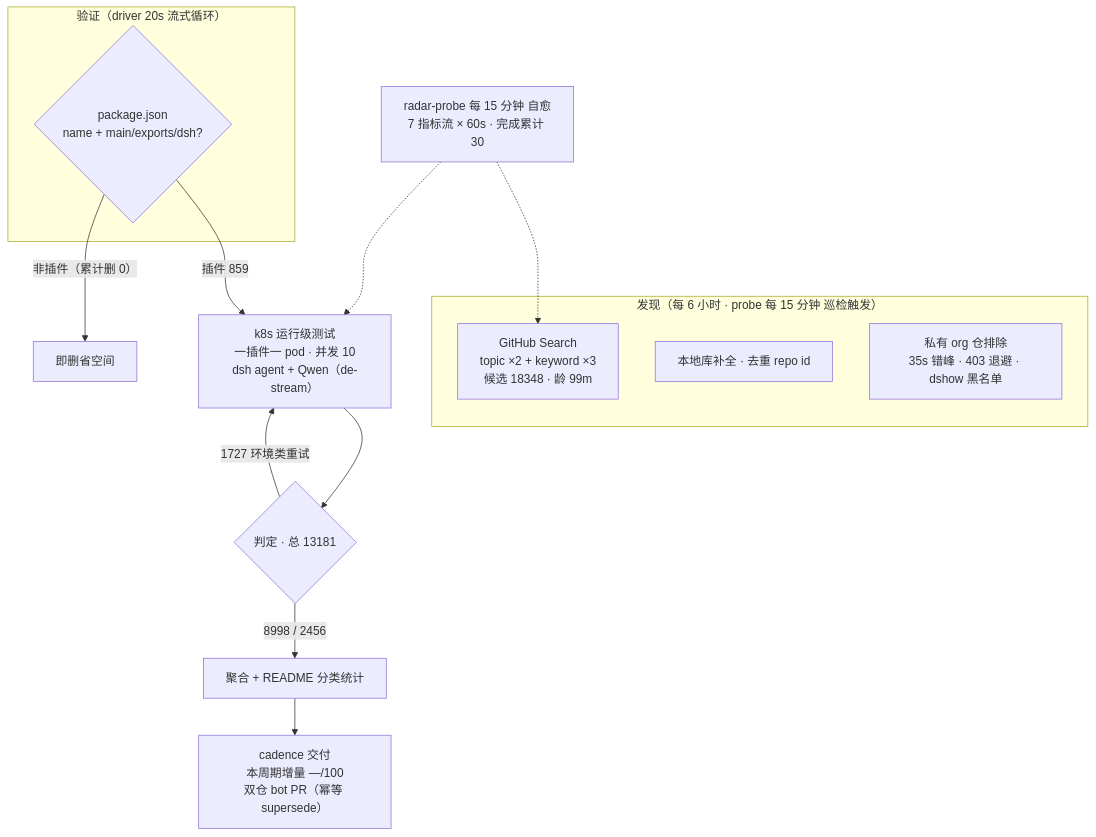
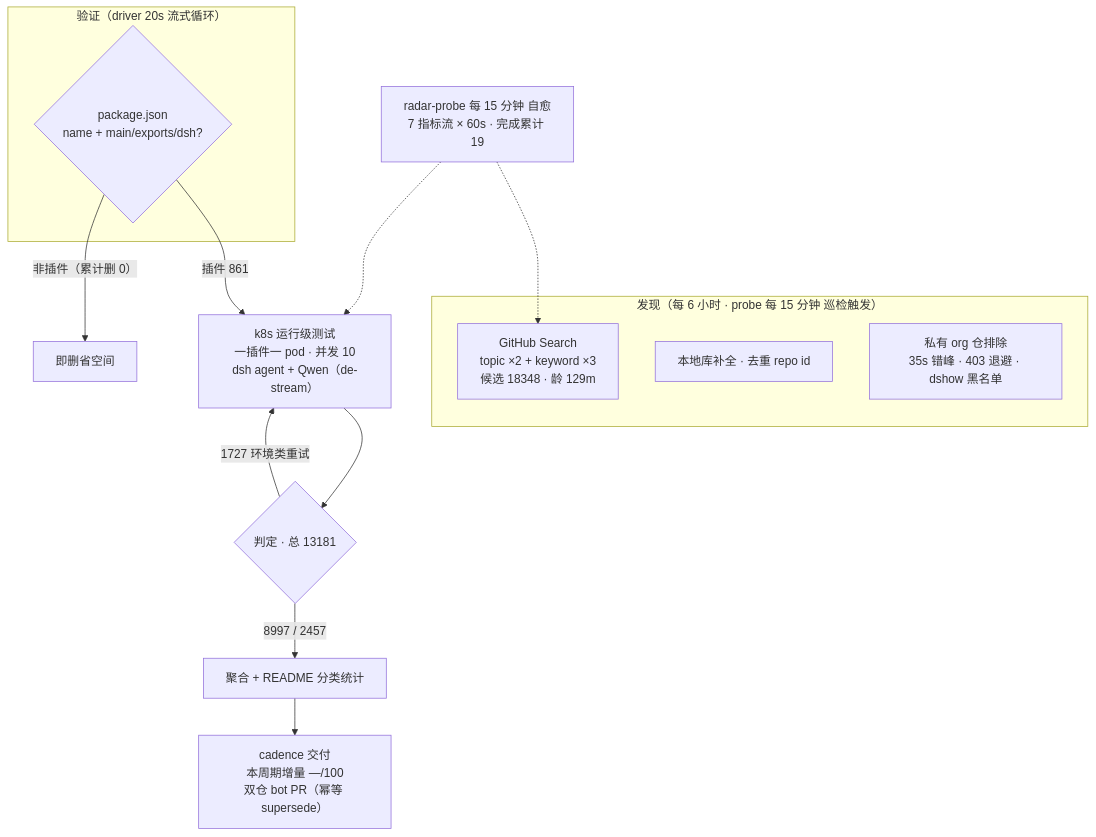
Before and after one commit to AdamPlatin123/awesome-dsh-plugins: the diagram in README.md, drawn with Mermaid. The commit also changed other lines of this file and 6 other files, not shown here.

````diff
--- a/README.md
+++ b/README.md
@@ -52,20 +52,20 @@
 ```mermaid
 flowchart TB
     subgraph Discovery["发现（每 6 小时 · probe 每 15 分钟 巡检触发）"]
-        A1["GitHub Search<br/>topic ×2 + keyword ×3<br/>候选 18348 · 龄 99m"]
+        A1["GitHub Search<br/>topic ×2 + keyword ×3<br/>候选 18348 · 龄 129m"]
         A2["本地库补全 · 去重 repo id"]
         A3["私有 org 仓排除<br/>35s 错峰 · 403 退避 · dshow 黑名单"]
     end
     subgraph Validation["验证（driver 20s 流式循环）"]
         B1{"package.json<br/>name + main/exports/dsh?"}
     end
-    B1 -->|"插件 859"| C1["k8s 运行级测试<br/>一插件一 pod · 并发 10<br/>dsh agent + Qwen（de-stream）"]
+    B1 -->|"插件 861"| C1["k8s 运行级测试<br/>一插件一 pod · 并发 10<br/>dsh agent + Qwen（de-stream）"]
     B1 -->|"非插件（累计删 0）"| B3["即删省空间"]
     C1 --> D1{"判定 · 总 13181"}
-    D1 -->|"8998 / 2456"| E1["聚合 + README 分类统计"]
+    D1 -->|"8997 / 2457"| E1["聚合 + README 分类统计"]
     D1 -->|"1727 环境类重试"| C1
     E1 --> E2["cadence 交付<br/>本周期增量 —/100<br/>双仓 bot PR（幂等 supersede）"]
-    M["radar-probe 每 15 分钟 自愈<br/>7 指标流 × 60s · 完成累计 30"]
+    M["radar-probe 每 15 分钟 自愈<br/>7 指标流 × 60s · 完成累计 19"]
     M -.-> A1
     M -.-> C1
 ```
````
